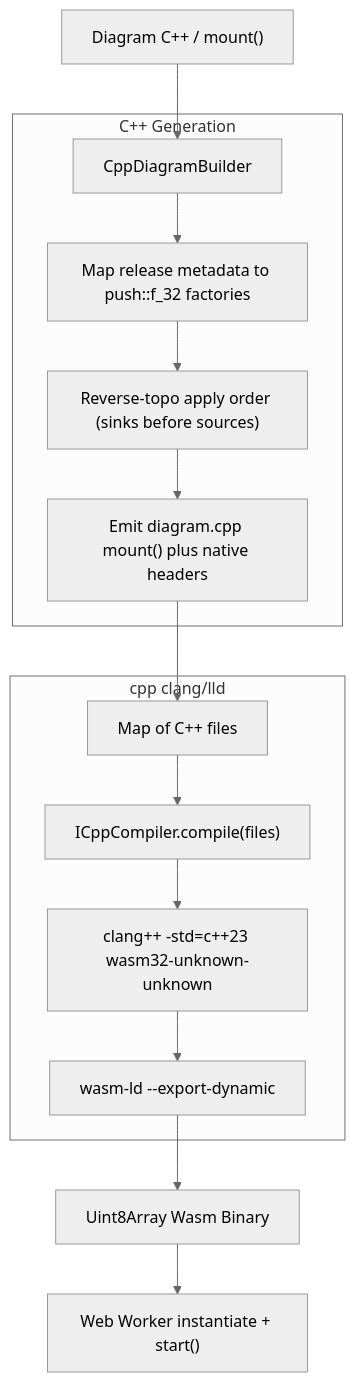
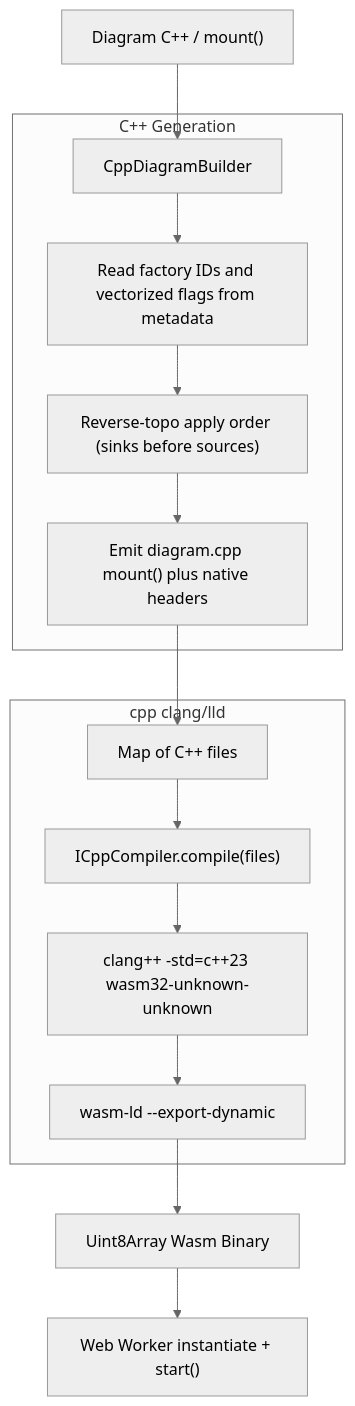
Before and after one commit to dzmauchy/bld: the second of 4 diagrams in README.md, drawn with Mermaid (neutral theme). The commit also changed other lines of this file and 20 other files, not shown here.

Commit message:
Optimize the diagram builder

````diff
--- a/README.md
+++ b/README.md
@@ -162,21 +162,21 @@
 ```mermaid
 flowchart TD
     A["Diagram C++ / mount()"] --> B["CppDiagramBuilder"]
     
     subgraph Emit["C++ Generation"]
-        B --> B1["Map release metadata to push::f_32 factories"]
+        B --> B1["Read factory IDs and vectorized flags from metadata"]
         B1 --> B2["Reverse-topo apply order (sinks before sources)"]
         B2 --> B3["Emit diagram.cpp mount() plus native headers"]
     end
     
     B3 --> C["Map of C++ files"]
     
     subgraph ClangLld["cpp clang/lld"]
         C --> D["ICppCompiler.compile(files)"]
         D --> E["clang++ -std=c++23 wasm32-unknown-unknown"]
         E --> F["wasm-ld --export-dynamic"]
     end
     
     F --> G["Uint8Array Wasm Binary"]
     G --> H["Web Worker instantiate + start()"]
 ```
````
